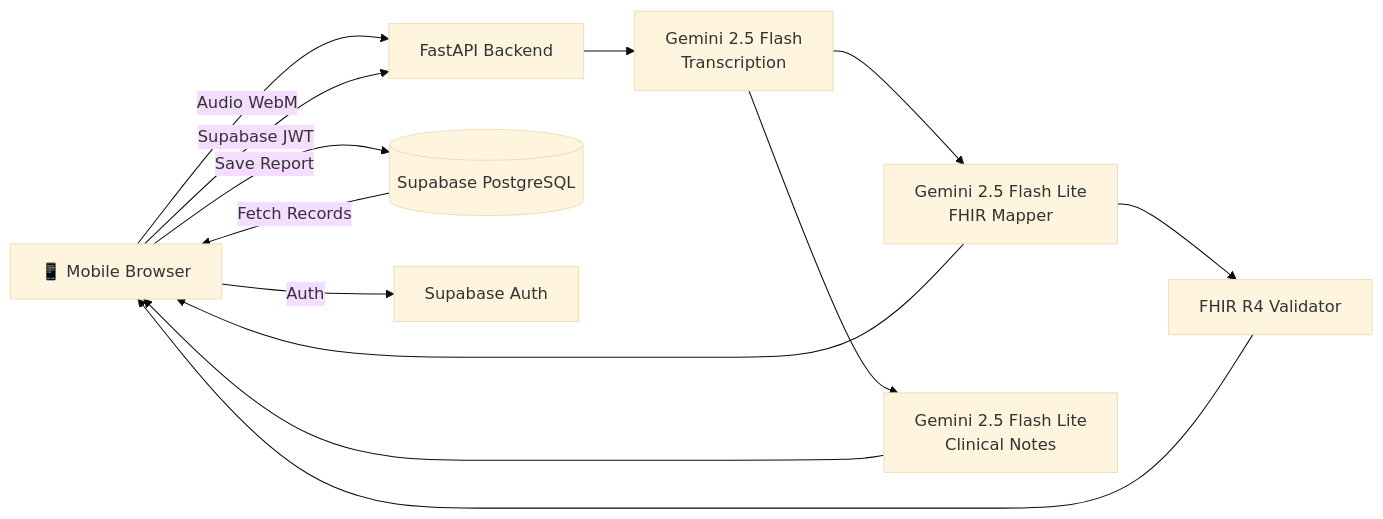
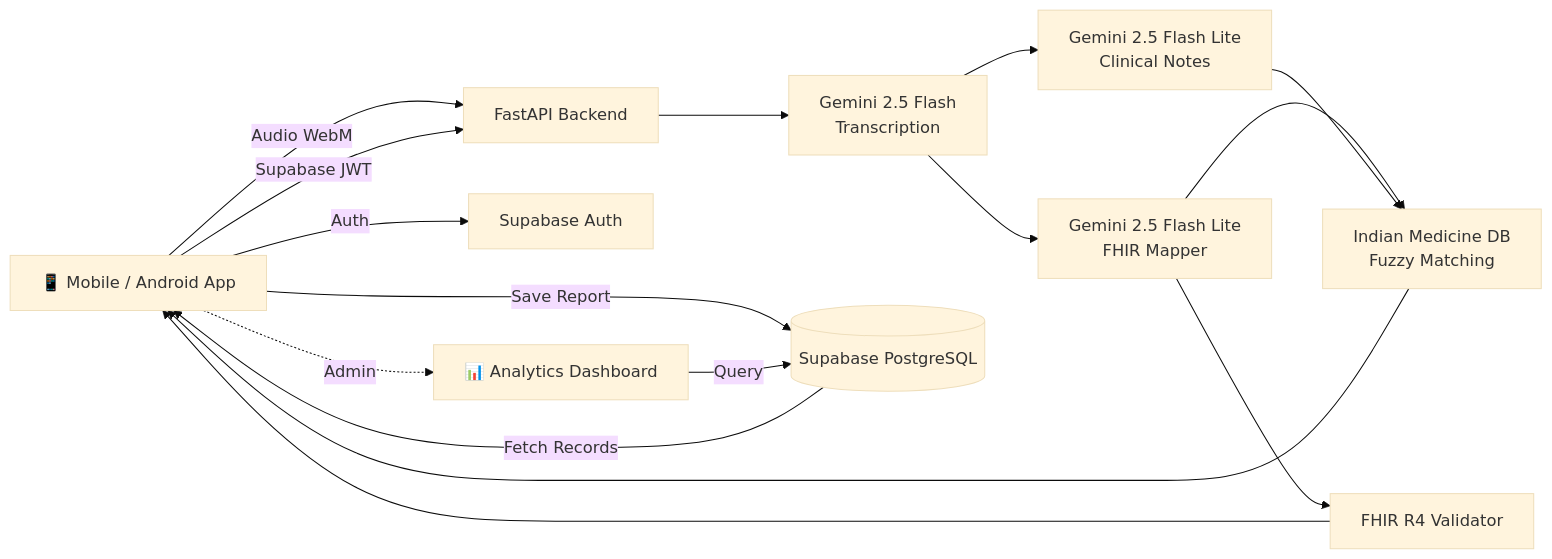
One commit to Parth7234/fhir-scribe-app changed the diagram in README.md. Above: the diagram before and after it, drawn with Mermaid (base theme). The commit also changed other lines of this file, not shown here.

````diff
--- a/README.md
+++ b/README.md
@@ -71,15 +121,18 @@
 ```mermaid
 graph LR
-    A[📱 Mobile Browser] -->|Audio WebM| C[FastAPI Backend]
+    A[📱 Mobile / Android App] -->|Audio WebM| C[FastAPI Backend]
     A -->|Supabase JWT| C
     C --> D[Gemini 2.5 Flash<br>Transcription]
     D --> E[Gemini 2.5 Flash Lite<br>FHIR Mapper]
     D --> F[Gemini 2.5 Flash Lite<br>Clinical Notes]
+    E --> M[Indian Medicine DB<br>Fuzzy Matching]
+    F --> M
+    M --> A
     E --> G[FHIR R4 Validator]
-    E --> A
-    F --> A
     G --> A
     A -->|Save Report| H[(Supabase PostgreSQL)]
     H -->|Fetch Records| A
     A -->|Auth| I[Supabase Auth]
+    A -.->|Admin| J[📊 Analytics Dashboard]
+    J -->|Query| H
 ```
````
